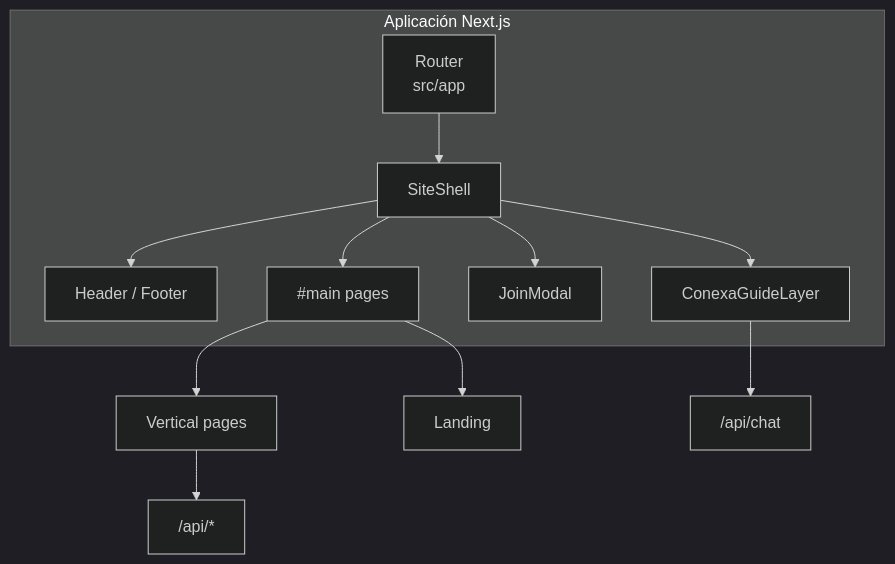
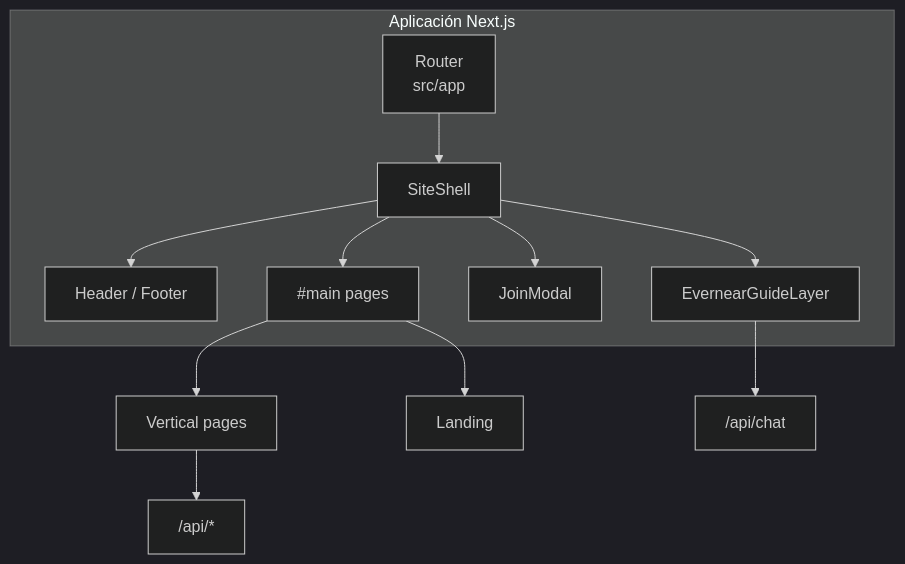
Before and after one commit to evernear-ig/evernear-site: the second of 7 diagrams in docs/diagramas.md, drawn with Mermaid (dark theme). The commit also changed other lines of this file and 264 other files, not shown here.

First line of the commit message:
Rebrand codebase from Trinexus/CONEXA to Evernear.

````diff
--- a/docs/diagramas.md
+++ b/docs/diagramas.md
@@ -26,17 +26,17 @@
 ```mermaid
 flowchart TB
   subgraph App["Aplicación Next.js"]
     R["Router\nsrc/app"]
     S["SiteShell"]
     R --> S
     S --> H["Header / Footer"]
     S --> M["#main pages"]
     S --> J["JoinModal"]
-    S --> G["ConexaGuideLayer"]
+    S --> G["EvernearGuideLayer"]
   end
 
   M --> V["Vertical pages"]
   M --> L["Landing"]
   G --> Chat["/api/chat"]
   V --> API["/api/*"]
 ```
````
